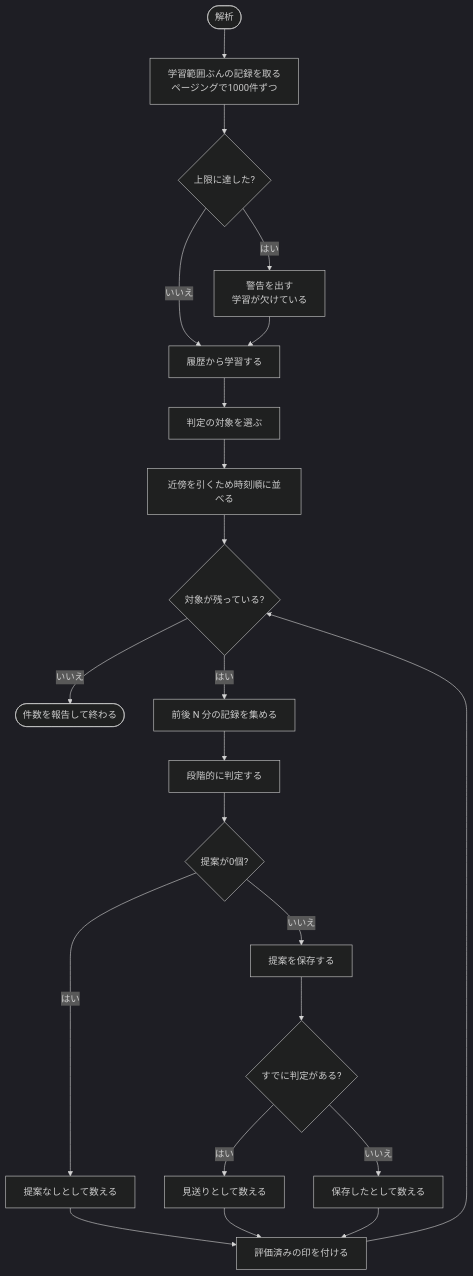
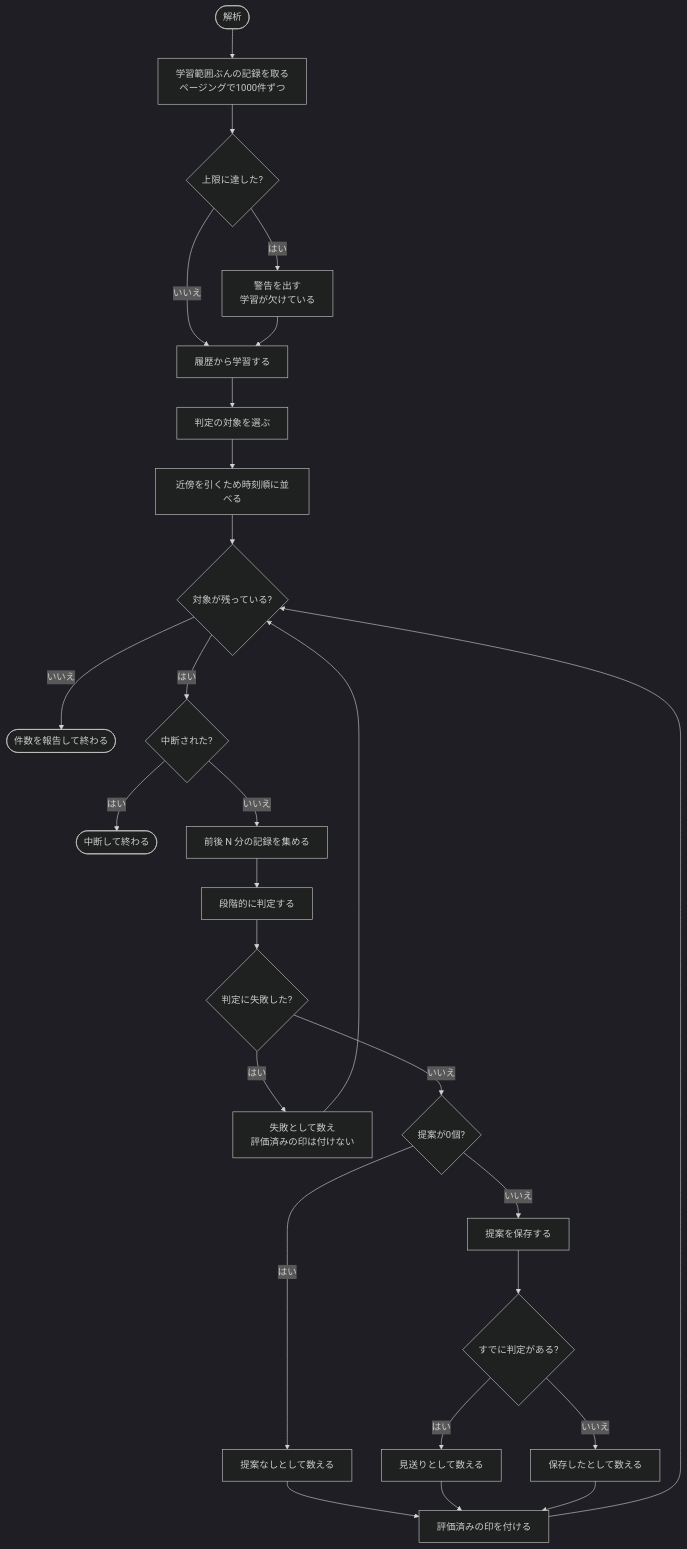
One commit to mt3hr/gkill_autocomplete changed the second of 8 diagrams in documents/reverse/activity-diagrams.md. Above: the diagram before and after it, drawn with Mermaid (dark theme). The commit also changed other lines of this file and 25 other files, not shown here.

````diff
--- a/documents/reverse/activity-diagrams.md
+++ b/documents/reverse/activity-diagrams.md
@@ -51,29 +51,36 @@
 ```mermaid
 flowchart TD
     Start([解析]) --> Fetch[学習範囲ぶんの記録を取る<br/>ページングで1000件ずつ]
     Fetch --> Limit{上限に達した?}
     Limit -->|はい| Warn[警告を出す<br/>学習が欠けている]
     Limit -->|いいえ| Learn
     Warn --> Learn[履歴から学習する]
 
     Learn --> Select[判定の対象を選ぶ]
     Select --> Sort[近傍を引くため時刻順に並べる]
     Sort --> Each{対象が残っている?}
 
     Each -->|いいえ| Report([件数を報告して終わる])
-    Each -->|はい| Neighbors[前後 N 分の記録を集める]
+    Each -->|はい| Cancelled{中断された?}
+    Cancelled -->|はい| Abort([中断して終わる])
+    Cancelled -->|いいえ| Neighbors[前後 N 分の記録を集める]
     Neighbors --> Judge[段階的に判定する]
-    Judge --> Zero{提案が0個?}
+    Judge --> Failed{判定に失敗した?}
+
+    Failed -->|はい| CountFailed[失敗として数え<br/>評価済みの印は付けない]
+    CountFailed --> Each
+
+    Failed -->|いいえ| Zero{提案が0個?}
 
     Zero -->|はい| MarkNone[提案なしとして数える]
     Zero -->|いいえ| Save[提案を保存する]
 
     Save --> Skip{すでに判定がある?}
     Skip -->|はい| Skipped[見送りとして数える]
     Skip -->|いいえ| Stored[保存したとして数える]
 
     MarkNone --> Mark[評価済みの印を付ける]
     Skipped --> Mark
     Stored --> Mark
     Mark --> Each
 ```
````
